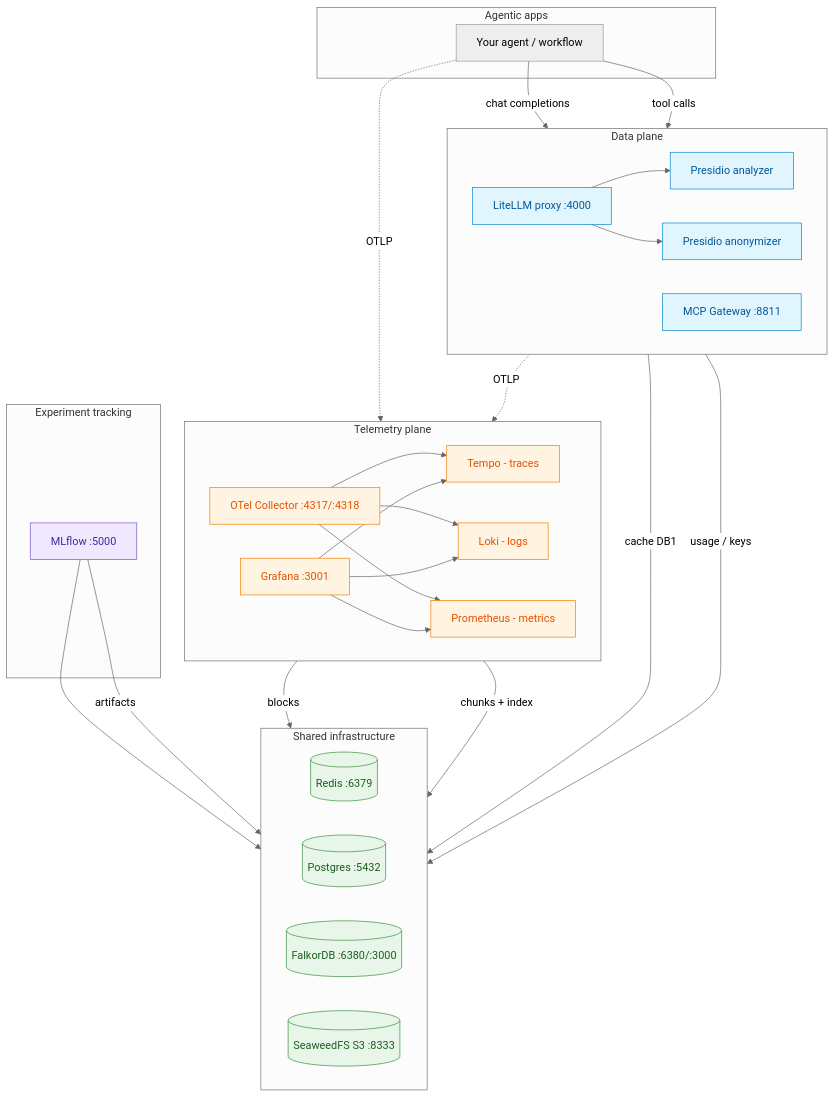
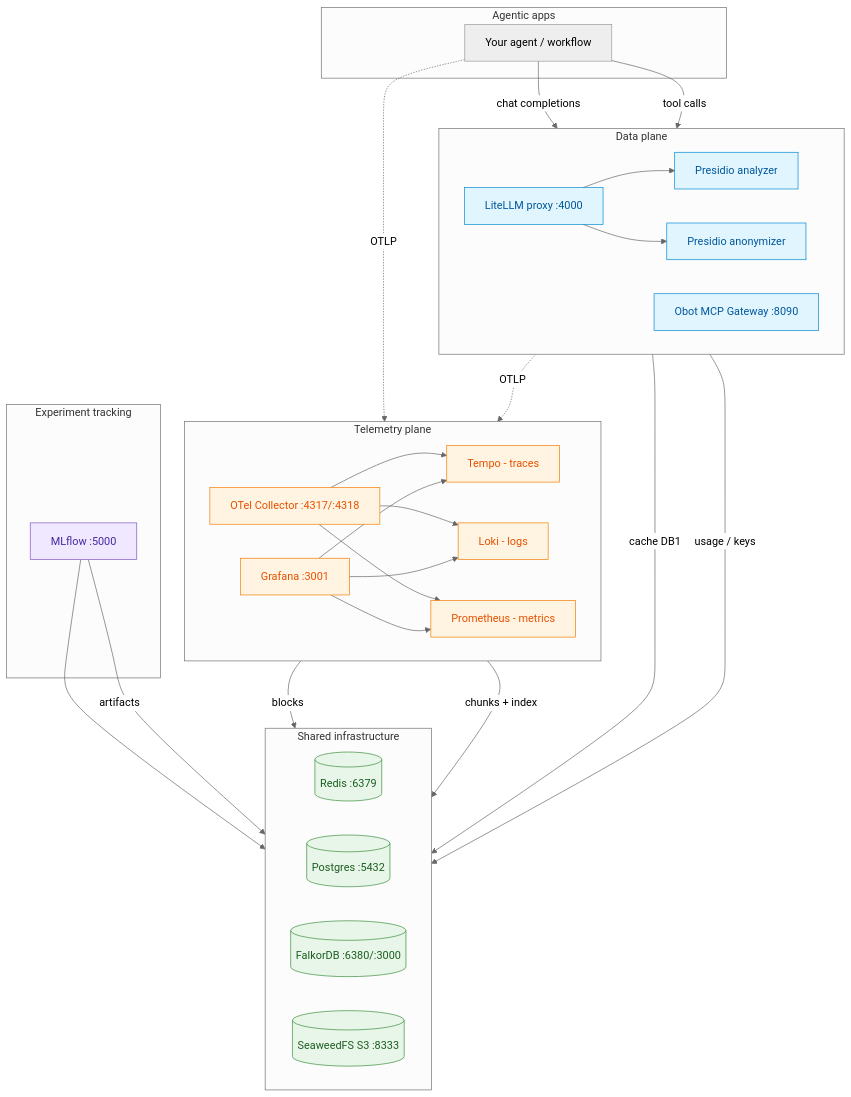
One commit to PhillipMaree/agentic-enterprise changed the diagram in README.md. Above: the diagram before and after it, drawn with Mermaid (neutral theme). The commit also changed other lines of this file and 47 other files, not shown here.

Commit message:
[#1] debuged k8s helm charts

````diff
--- a/README.md
+++ b/README.md
@@ -26,69 +26,69 @@
 ```mermaid
 flowchart TB
     subgraph clients [Agentic apps]
         app[Your agent / workflow]
     end
 
     subgraph data [Data plane]
         direction LR
         litellm[LiteLLM proxy :4000]
-        mcp[MCP Gateway :8811]
+        mcp[Obot MCP Gateway :8090]
         presidio_a[Presidio analyzer]
         presidio_o[Presidio anonymizer]
     end
 
     subgraph tracking [Experiment tracking]
         mlflow[MLflow :5000]
     end
 
     subgraph telemetry [Telemetry plane]
         direction LR
         otel[OTel Collector :4317/:4318]
         tempo[Tempo - traces]
         loki[Loki - logs]
         prom[Prometheus - metrics]
         grafana[Grafana :3001]
     end
 
     subgraph infra [Shared infrastructure]
         direction LR
         redis[(Redis :6379)]
         postgres[(Postgres :5432)]
         falkordb[(FalkorDB :6380/:3000)]
         seaweedfs[(SeaweedFS S3 :8333)]
     end
 
     app -->|chat completions| litellm
     app -->|tool calls| mcp
     app -.->|OTLP| otel
 
     litellm --> presidio_a
     litellm --> presidio_o
     litellm -->|cache DB1| redis
     litellm -->|usage / keys| postgres
     litellm -.->|OTLP| otel
 
     mlflow --> postgres
     mlflow -->|artifacts| seaweedfs
 
     otel --> tempo
     otel --> loki
     otel --> prom
 
     tempo -->|blocks| seaweedfs
     loki -->|chunks + index| seaweedfs
 
     grafana --> tempo
     grafana --> loki
     grafana --> prom
 
     classDef dataplane fill:#e1f5ff,stroke:#0288d1,color:#01579b
     classDef telemetryplane fill:#fff4e1,stroke:#f57c00,color:#e65100
     classDef trackingplane fill:#f0e8ff,stroke:#7e57c2,color:#4527a0
     classDef infraplane fill:#e8f5e9,stroke:#388e3c,color:#1b5e20
 
     class litellm,mcp,presidio_a,presidio_o dataplane
     class otel,tempo,loki,prom,grafana telemetryplane
     class mlflow trackingplane
     class redis,postgres,falkordb,seaweedfs infraplane
 ```
````
